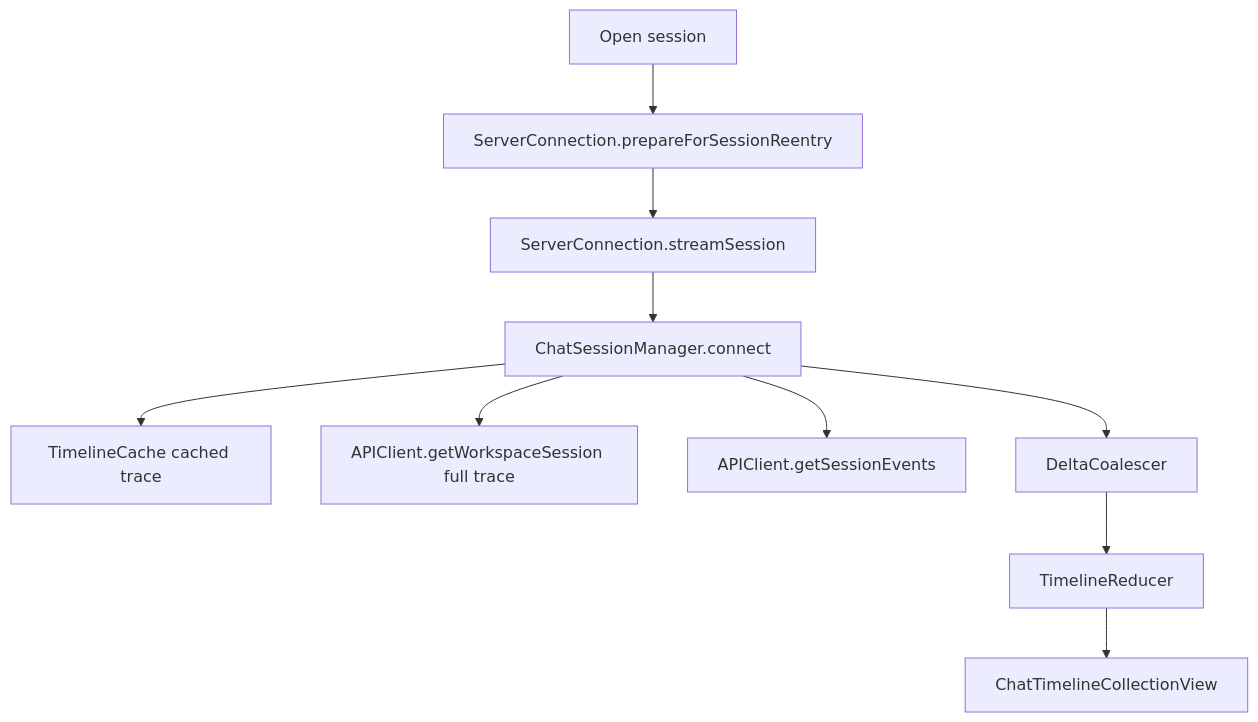
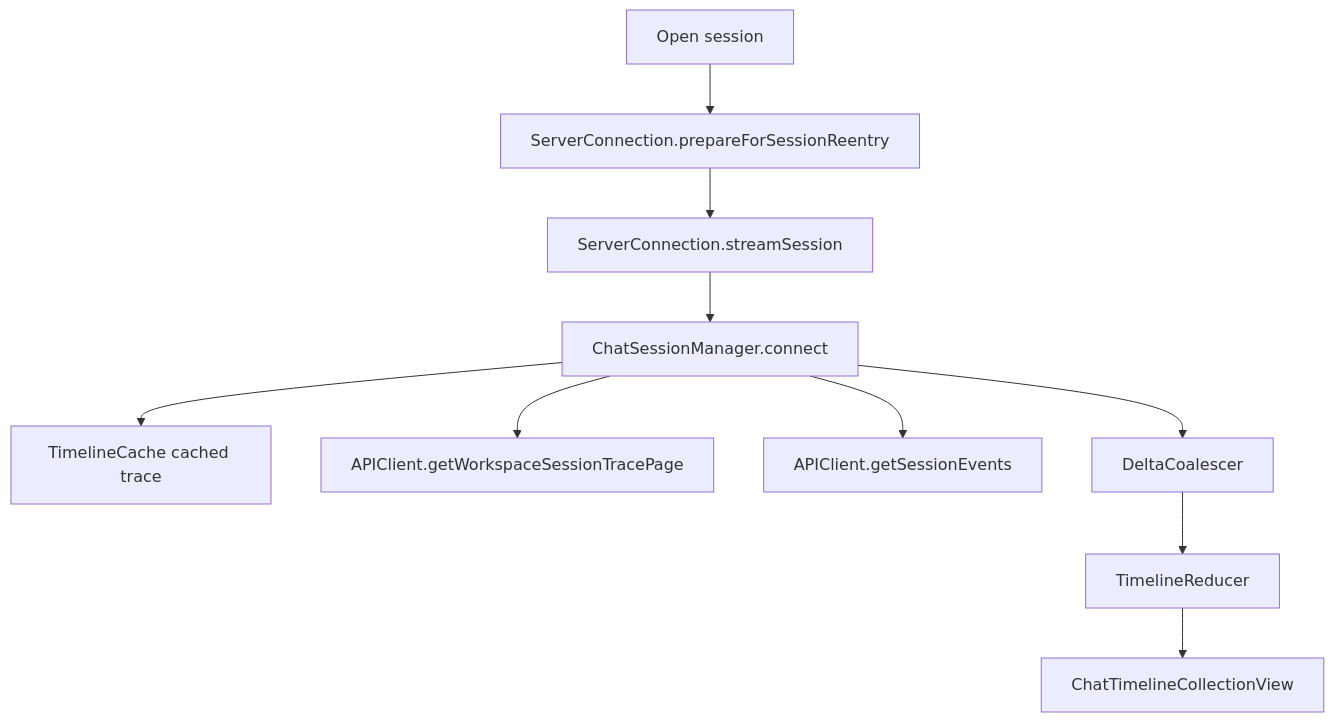
Before and after one commit to duh17/oppi: the fourth of 4 diagrams in docs/architecture-client.md, drawn with Mermaid. The commit also changed other lines of this file and 10 other files, not shown here.

````diff
--- a/docs/architecture-client.md
+++ b/docs/architecture-client.md
@@ -163,23 +163,23 @@
 ```mermaid
 graph TD
   Open[Open session]
   Prepare[ServerConnection.prepareForSessionReentry]
   Stream[ServerConnection.streamSession]
   Manager[ChatSessionManager.connect]
   Cache[TimelineCache cached trace]
-  Fresh[APIClient.getWorkspaceSession full trace]
+  Fresh[APIClient.getWorkspaceSessionTracePage]
   Catchup[APIClient.getSessionEvents]
   Coalescer[DeltaCoalescer]
   Reducer[TimelineReducer]
   UIKit[ChatTimelineCollectionView]
 
   Open --> Prepare
   Prepare --> Stream
   Stream --> Manager
   Manager --> Cache
   Manager --> Fresh
   Manager --> Catchup
   Manager --> Coalescer
   Coalescer --> Reducer
   Reducer --> UIKit
 ```
````
